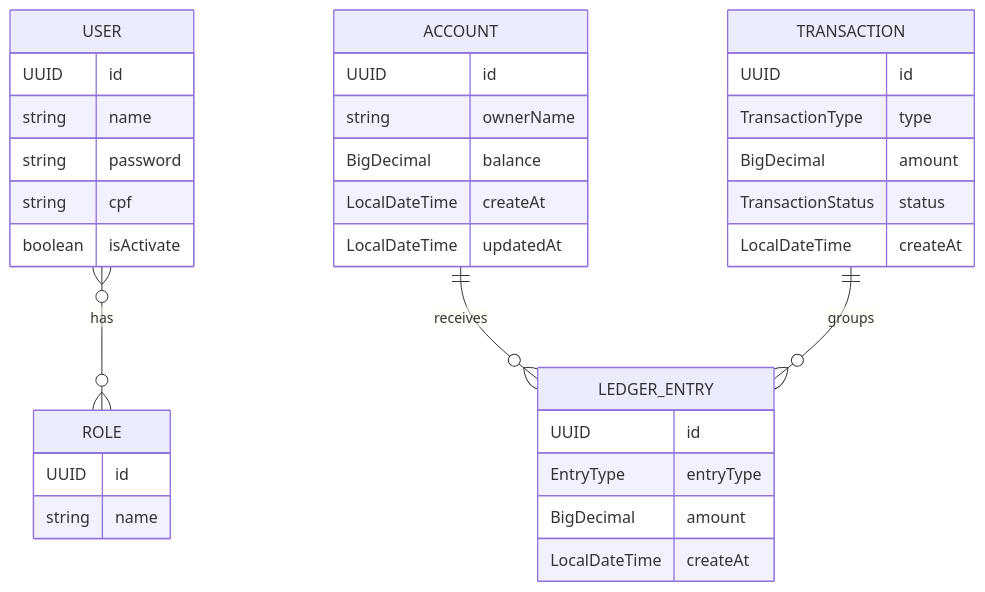
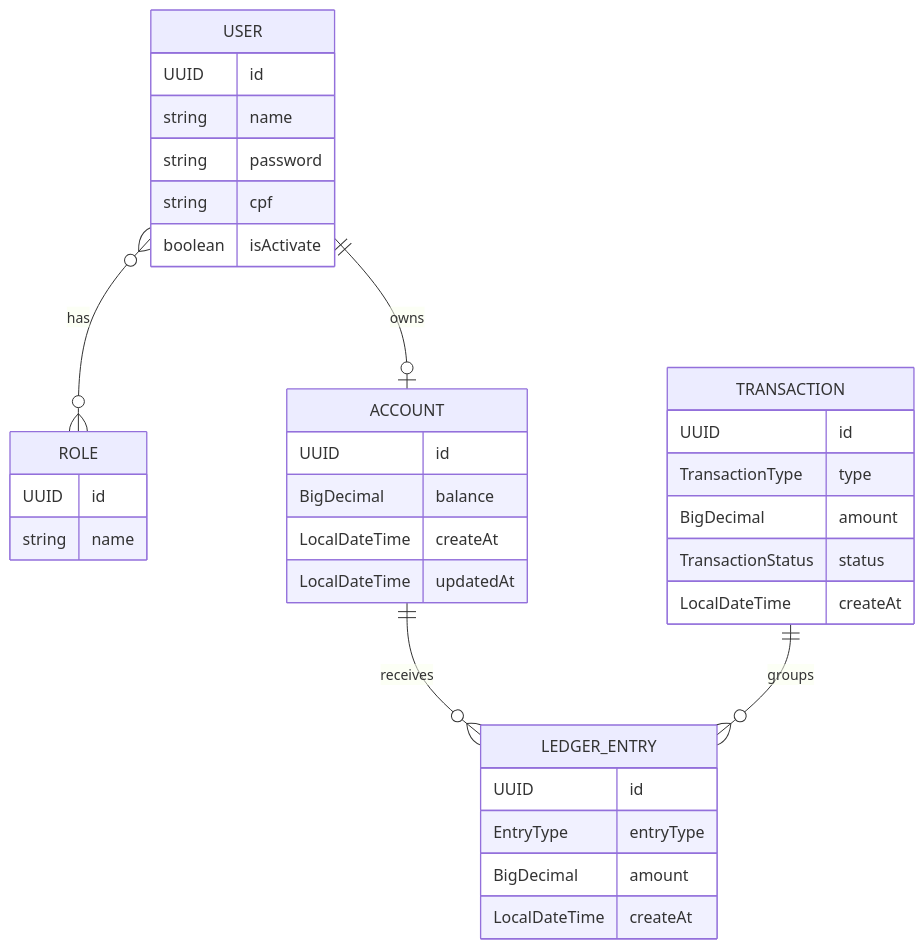
Before and after one commit to ronaldlipskiroderjan/LedgerCore: the second of 2 diagrams in README.md, drawn with Mermaid. The commit also changed other lines of this file and 4 other files, not shown here.

Commit message:
fix(auth): Fixed the missing relationship between User and Account

````diff
--- a/README.md
+++ b/README.md
@@ -146,38 +147,38 @@
 ```mermaid
 erDiagram
     USER }o--o{ ROLE : has
+    USER ||--o| ACCOUNT : owns
     ACCOUNT ||--o{ LEDGER_ENTRY : receives
     TRANSACTION ||--o{ LEDGER_ENTRY : groups
 
     USER {
         UUID id
         string name
         string password
         string cpf
         boolean isActivate
     }
     ROLE {
         UUID id
         string name
     }
     ACCOUNT {
         UUID id
-        string ownerName
         BigDecimal balance
         LocalDateTime createAt
         LocalDateTime updatedAt
     }
     TRANSACTION {
         UUID id
         TransactionType type
         BigDecimal amount
         TransactionStatus status
         LocalDateTime createAt
     }
     LEDGER_ENTRY {
         UUID id
         EntryType entryType
         BigDecimal amount
         LocalDateTime createAt
     }
 ```
````
